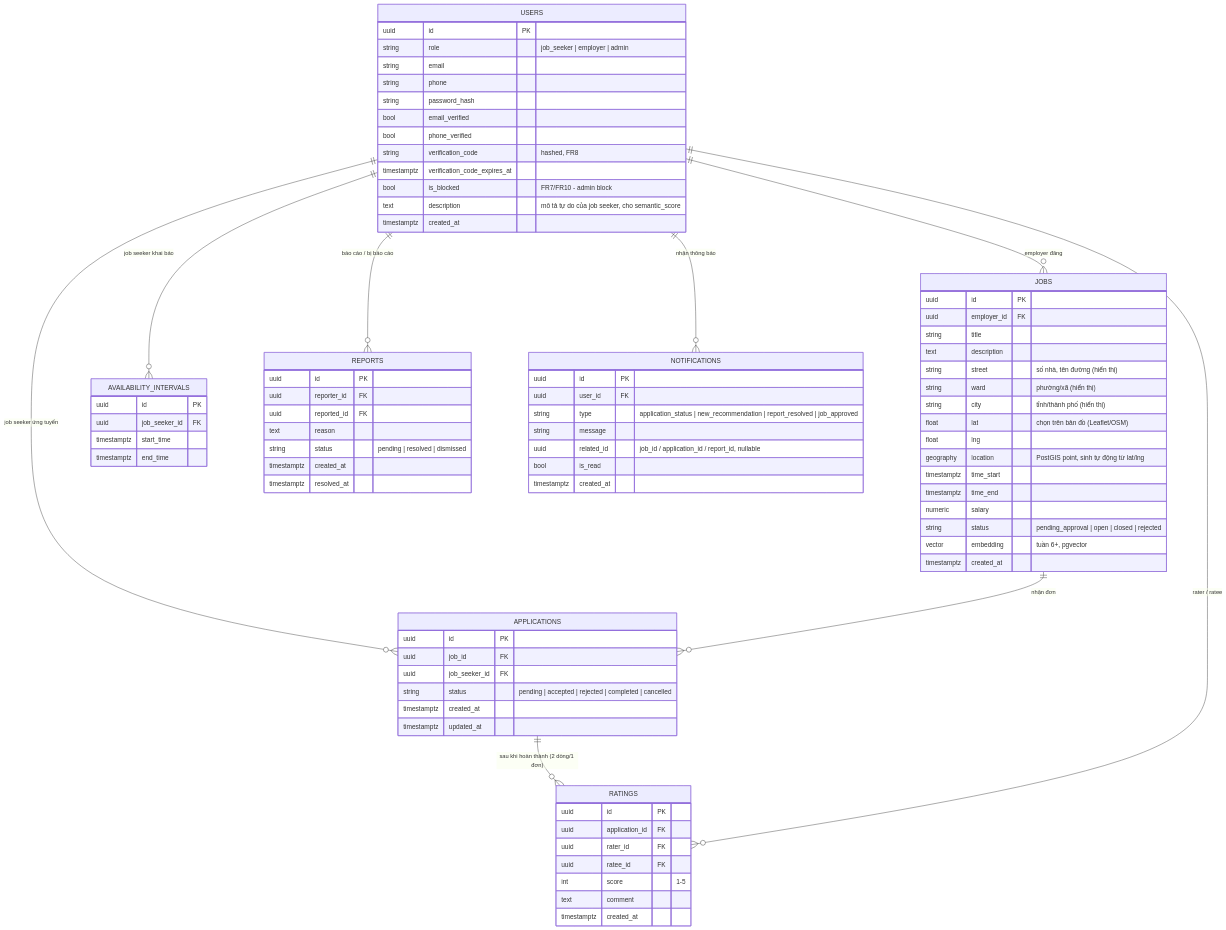
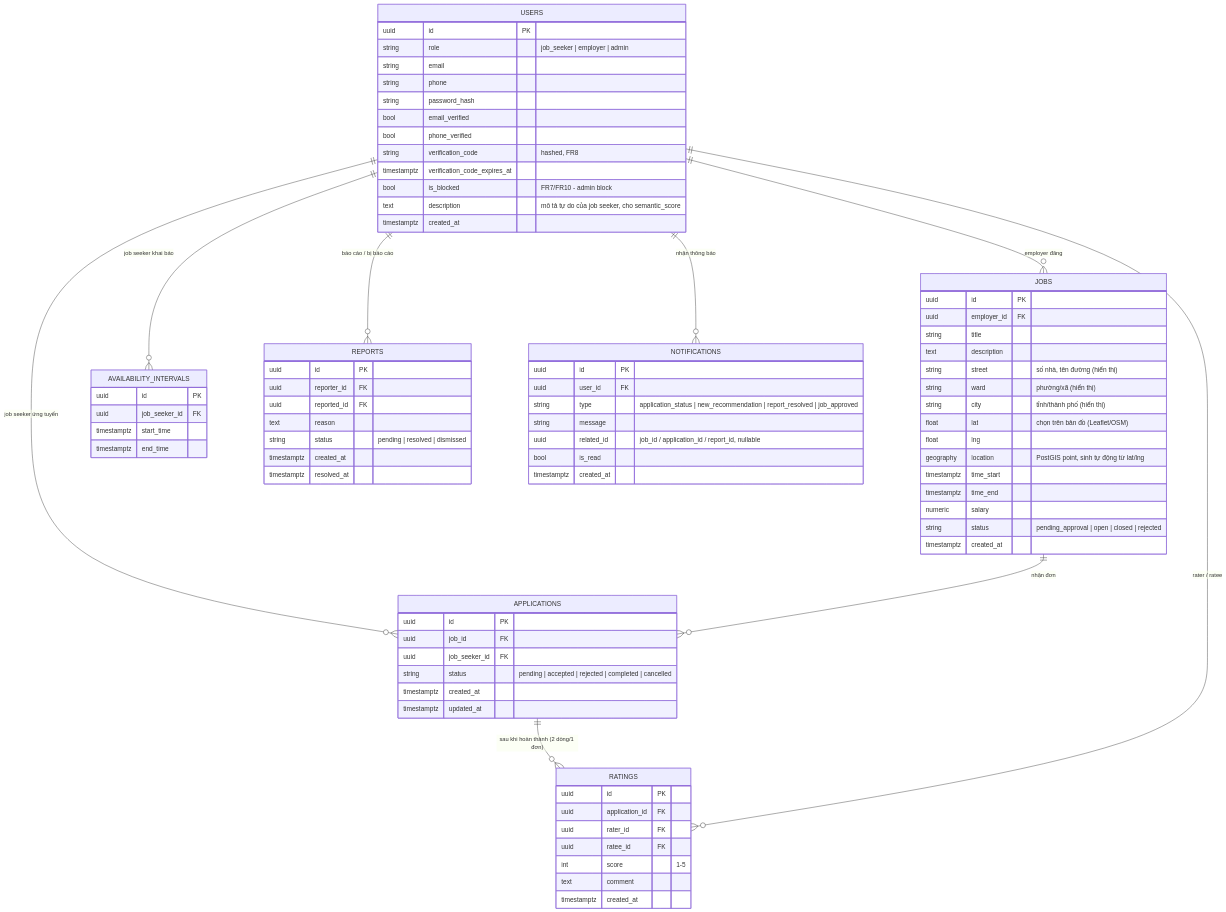
Before and after one commit to VanSyx/DATN_TimViecPartTime: the diagram in docs/design/erd.md, drawn with Mermaid. The commit also changed other lines of this file and 10 other files, not shown here.

First line of the commit message:
docs(ai): khoá thiết kế AI — giữ TF-IDF + trọng số 0.35/0.35/0.2/0.1, bỏ embedding/pgvector

```diff
--- a/docs/design/erd.md
+++ b/docs/design/erd.md
@@ -42,7 +42,6 @@
         timestamptz time_end
         numeric salary
         string status "pending_approval | open | closed | rejected"
-        vector embedding "tuần 6+, pgvector"
         timestamptz created_at
     }
     AVAILABILITY_INTERVALS {
```
